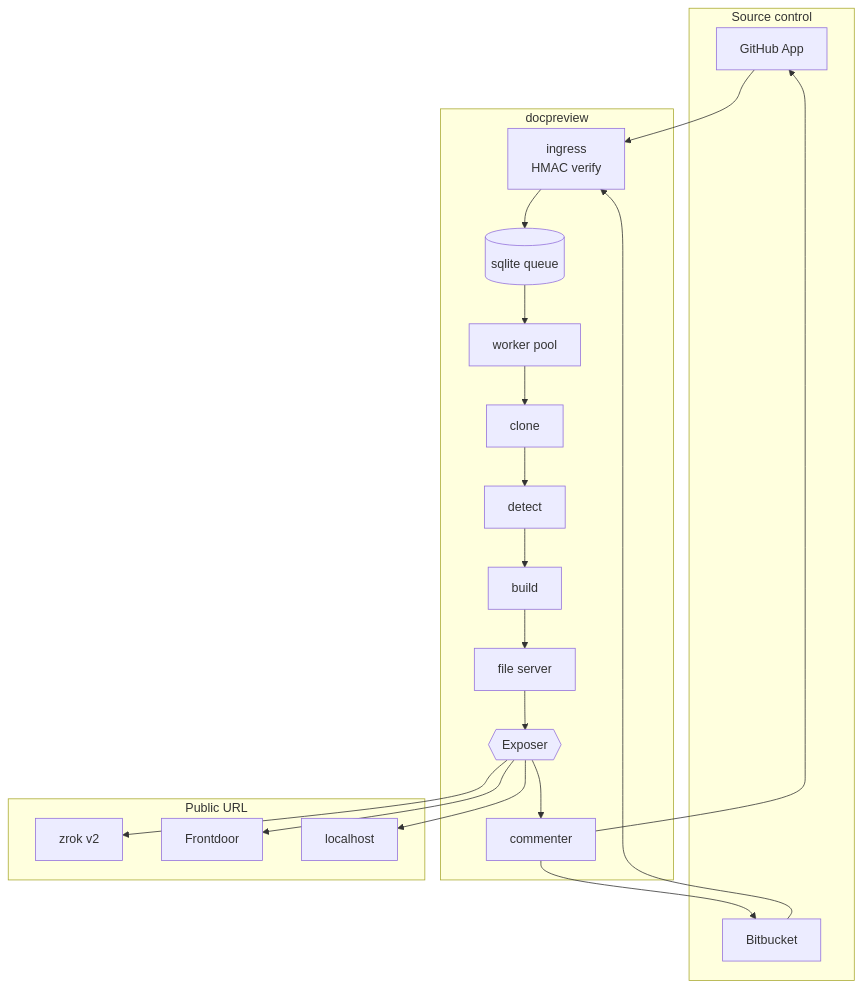
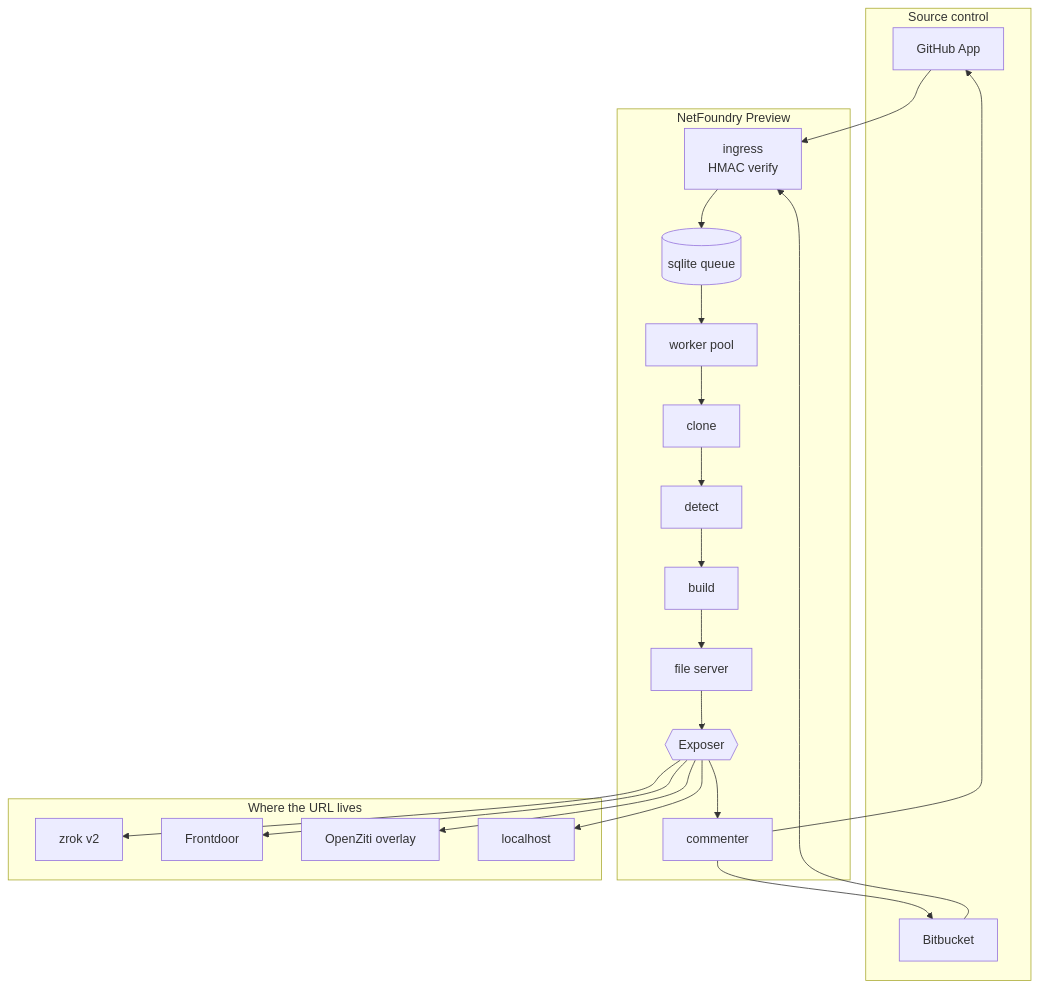
Before and after one commit to openziti-test-kitchen/docpreview: the diagram in www/docs/architecture.md, drawn with Mermaid. The commit also changed other lines of this file and 81 other files, not shown here.

````diff
--- a/www/docs/architecture.md
+++ b/www/docs/architecture.md
@@ -12,32 +12,33 @@
 ```mermaid
 flowchart TB
     subgraph SCM["Source control"]
         GH[GitHub App]
         BB[Bitbucket]
     end
 
-    subgraph D["docpreview"]
+    subgraph D["NetFoundry Preview"]
         IN[ingress<br/>HMAC verify]
         Q[(sqlite queue)]
         W[worker pool]
         CL[clone]
         DT[detect]
         BL[build]
         SV[file server]
         EX{{Exposer}}
         CM[commenter]
     end
 
-    subgraph OUT["Public URL"]
+    subgraph OUT["Where the URL lives"]
         Z[zrok v2]
         FD[Frontdoor]
+        ZT[OpenZiti overlay]
         LO[localhost]
     end
 
     GH --> IN
     BB --> IN
     IN --> Q --> W
     W --> CL --> DT --> BL --> SV --> EX
-    EX --> Z & FD & LO
+    EX --> Z & FD & ZT & LO
     EX --> CM --> GH & BB
 ```
````
